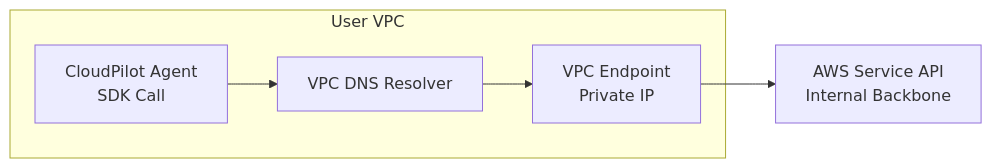
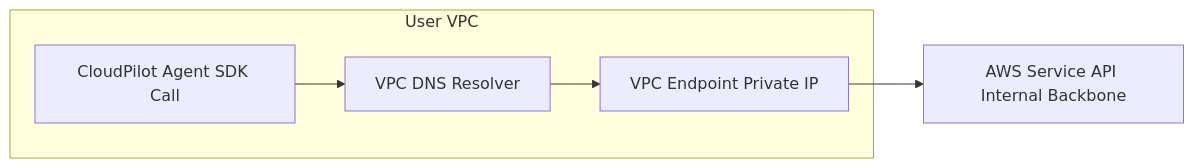
One commit to ritvikindupuri/aws-ai-agent changed diagram 13 of 23 in TECHNICAL_DOCUMENTATION.md. Above: the diagram before and after it, drawn with Mermaid. The commit also changed other lines of this file, not shown here.

Commit message:
Updated README and docs diagrams

````diff
--- a/TECHNICAL_DOCUMENTATION.md
+++ b/TECHNICAL_DOCUMENTATION.md
@@ -1349,8 +1357,8 @@
 ```mermaid
 graph LR
-    subgraph "User VPC"
-        A[CloudPilot Agent<br/>SDK Call] --> B[VPC DNS Resolver]
-        B --> C[VPC Endpoint<br/>Private IP]
+    subgraph User VPC
+        A[CloudPilot Agent SDK Call] --> B[VPC DNS Resolver]
+        B --> C[VPC Endpoint Private IP]
     end
-    C --> D[AWS Service API<br/>Internal Backbone]
+    C --> D[AWS Service API Internal Backbone]
 ```
````
